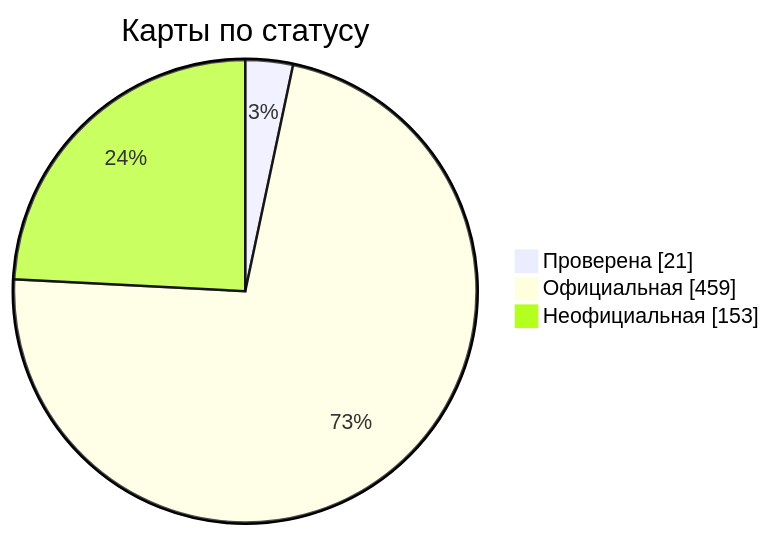
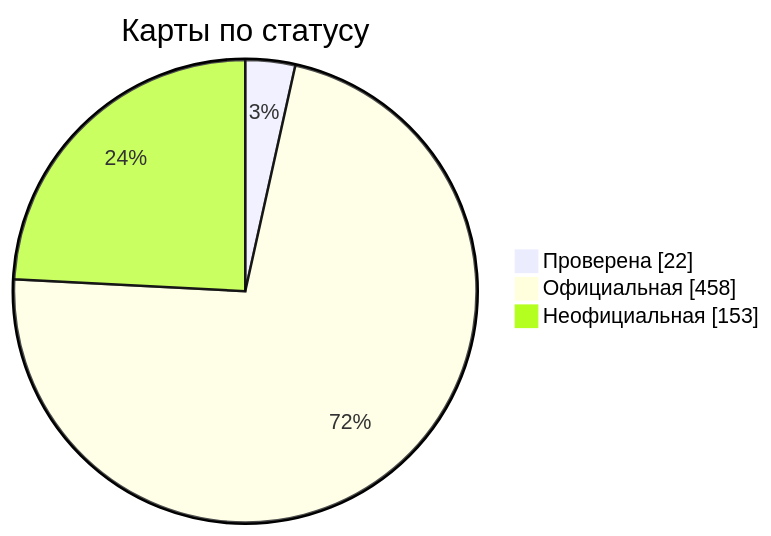
Before and after one commit to nobrega8/mbmap-library: the diagram in docs/readme/README_RU.md, drawn with Mermaid. The commit also changed 6 other files, not shown here.

````diff
--- a/docs/readme/README_RU.md
+++ b/docs/readme/README_RU.md
@@ -54,7 +54,7 @@
 ```mermaid
 pie showData
     title Карты по статусу
-    "Проверена" : 21
-    "Официальная" : 459
+    "Проверена" : 22
+    "Официальная" : 458
     "Неофициальная" : 153
 ```
````
